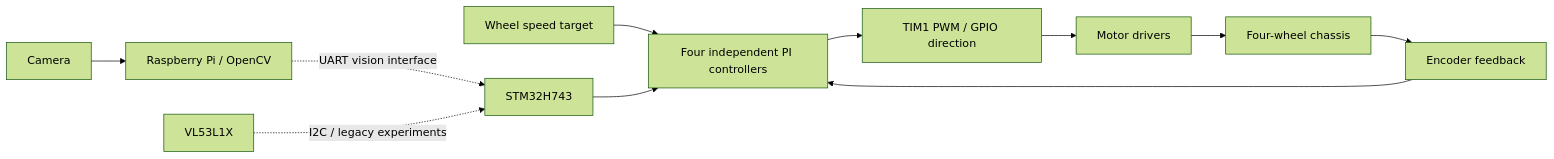
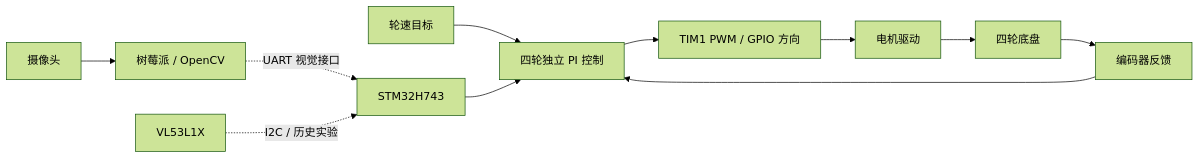
The diagram in README.md (yuhangli-embedded/stm32h7-tennis-ball-picking-car), drawn with Mermaid (forest theme) before and after one commit. The commit also changed other lines of this file, not shown here.

````diff
--- a/README.md
+++ b/README.md
@@ -37,13 +47,13 @@
 ```mermaid
 flowchart LR
-    camera[Camera] --> vision[Raspberry Pi / OpenCV]
-    vision -.->|UART vision interface| control[STM32H743]
-    target[Wheel speed target] --> pi[Four independent PI controllers]
+    camera[摄像头] --> vision[树莓派 / OpenCV]
+    vision -.->|UART 视觉接口| control[STM32H743]
+    target[轮速目标] --> pi[四轮独立 PI 控制]
     control --> pi
-    pi --> pwm[TIM1 PWM / GPIO direction]
-    pwm --> drivers[Motor drivers]
-    drivers --> wheels[Four-wheel chassis]
-    wheels --> encoders[Encoder feedback]
+    pi --> pwm[TIM1 PWM / GPIO 方向]
+    pwm --> drivers[电机驱动]
+    drivers --> wheels[四轮底盘]
+    wheels --> encoders[编码器反馈]
     encoders --> pi
-    tof[VL53L1X] -.->|I2C / legacy experiments| control
+    tof[VL53L1X] -.->|I2C / 历史实验| control
 ```
````
